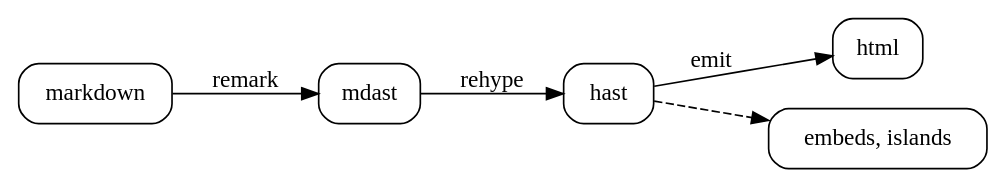
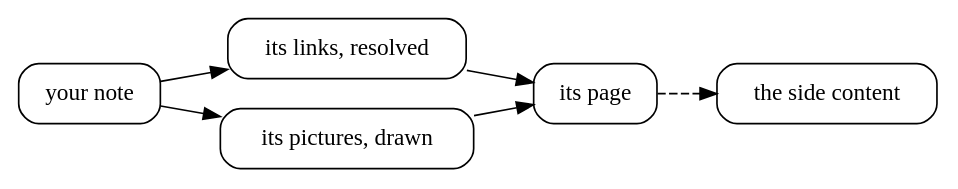
Before and after one commit to isaacchacko/basalt: the first of 3 diagrams in examples/showcase/notes/diagrams.md, drawn with Graphviz. The commit also changed other lines of this file and 33 other files, not shown here.

````diff
--- a/examples/showcase/notes/diagrams.md
+++ b/examples/showcase/notes/diagrams.md
@@ -24,10 +23,9 @@
 ```dot title="how a note becomes a page"
 digraph {
   rankdir=LR
   node [shape=box, style=rounded]
-  markdown -> mdast [label="remark"]
-  mdast -> hast [label="rehype"]
-  hast -> html [label="emit"]
-  hast -> "embeds, islands" [style=dashed]
+  "your note" -> "its links, resolved" -> "its page"
+  "your note" -> "its pictures, drawn" -> "its page"
+  "its page" -> "the side content" [style=dashed]
 }
 ```
````
